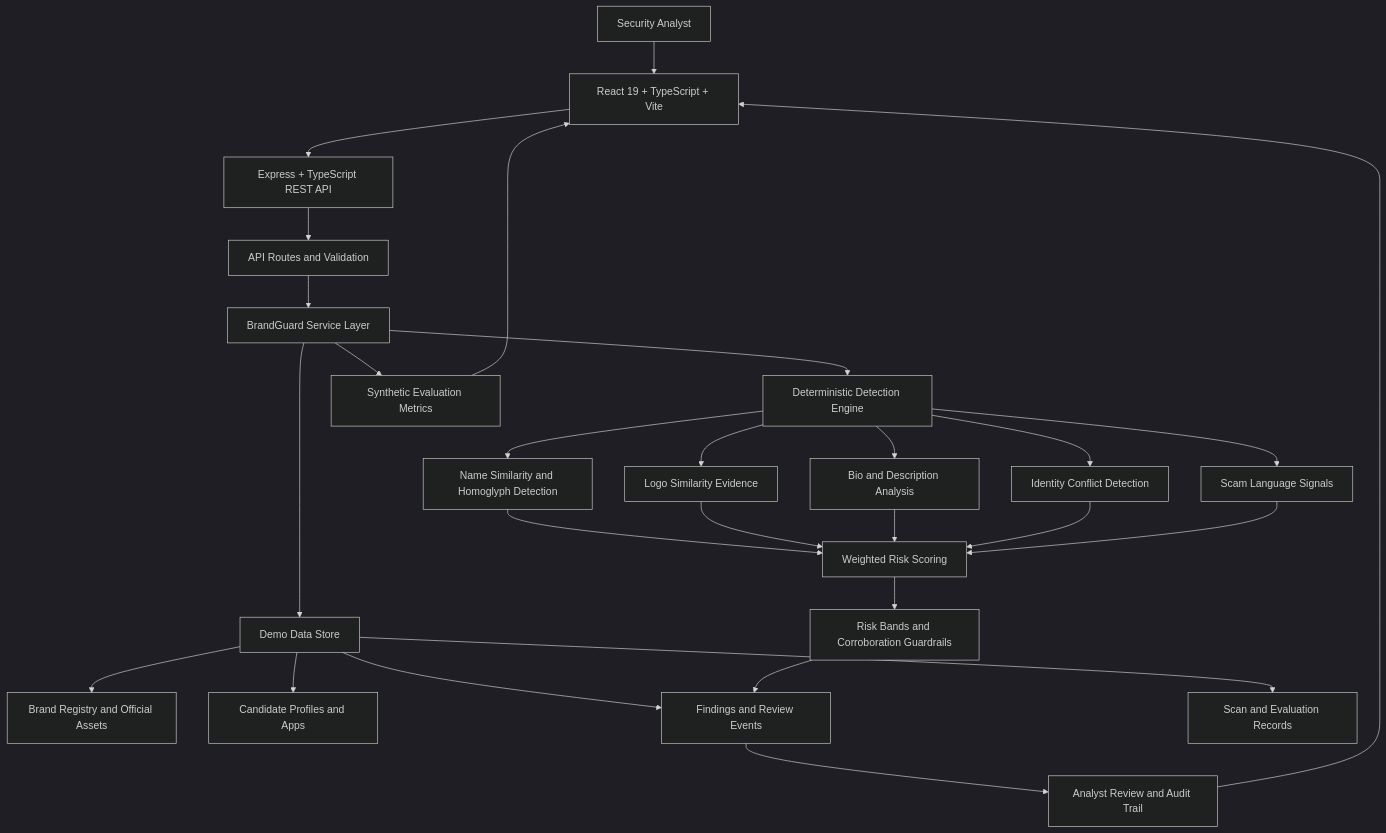
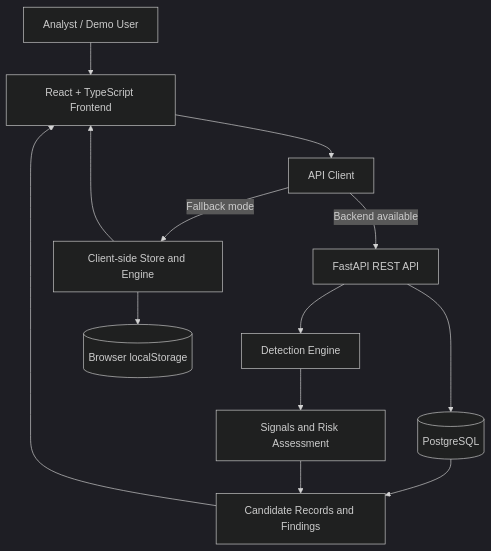
Before and after one commit to Dilshad-shaik-14/BrandGuard1: the diagram in README.md, drawn with Mermaid (dark theme). The commit also changed other lines of this file, not shown here.

````diff
--- a/README.md
+++ b/README.md
@@ -121,38 +151,15 @@
 ```mermaid
 flowchart TD
-    U[Security Analyst] --> UI[React 19 + TypeScript + Vite]
-    
-    UI --> API[Express + TypeScript REST API]
-    
-    API --> ROUTES[API Routes and Validation]
-    ROUTES --> SERVICE[BrandGuard Service Layer]
-    
-    SERVICE --> STORE[Demo Data Store]
-    STORE --> BRANDS[Brand Registry and Official Assets]
-    STORE --> CANDIDATES[Candidate Profiles and Apps]
-    STORE --> FINDINGS[Findings and Review Events]
-    STORE --> SCANS[Scan and Evaluation Records]
-    
-    SERVICE --> ENGINE[Deterministic Detection Engine]
-    
-    ENGINE --> NAME[Name Similarity and Homoglyph Detection]
-    ENGINE --> LOGO[Logo Similarity Evidence]
-    ENGINE --> BIO[Bio and Description Analysis]
-    ENGINE --> IDENTITY[Identity Conflict Detection]
-    ENGINE --> SCAM[Scam Language Signals]
-    
-    NAME --> SCORE[Weighted Risk Scoring]
-    LOGO --> SCORE
-    BIO --> SCORE
-    IDENTITY --> SCORE
-    SCAM --> SCORE
-    
-    SCORE --> GUARD[Risk Bands and Corroboration Guardrails]
-    GUARD --> FINDINGS
-    
-    FINDINGS --> REVIEW[Analyst Review and Audit Trail]
-    REVIEW --> UI
-    
-    SERVICE --> EVAL[Synthetic Evaluation Metrics]
-    EVAL --> UI
+    U[Analyst / Demo User] --> UI[React + TypeScript Frontend]
+    UI --> API[API Client]
+    API -->|Backend available| FA[FastAPI REST API]
+    API -->|Fallback mode| CS[Client-side Store and Engine]
+    FA --> ENG[Detection Engine]
+    FA --> DB[(PostgreSQL)]
+    ENG --> SIG[Signals and Risk Assessment]
+    DB --> REC[Candidate Records and Findings]
+    SIG --> REC
+    REC --> UI
+    CS --> LS[(Browser localStorage)]
+    CS --> UI
 ```
````
